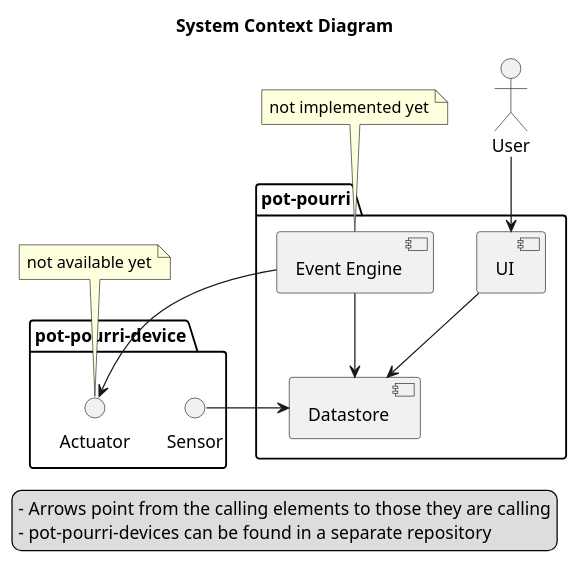
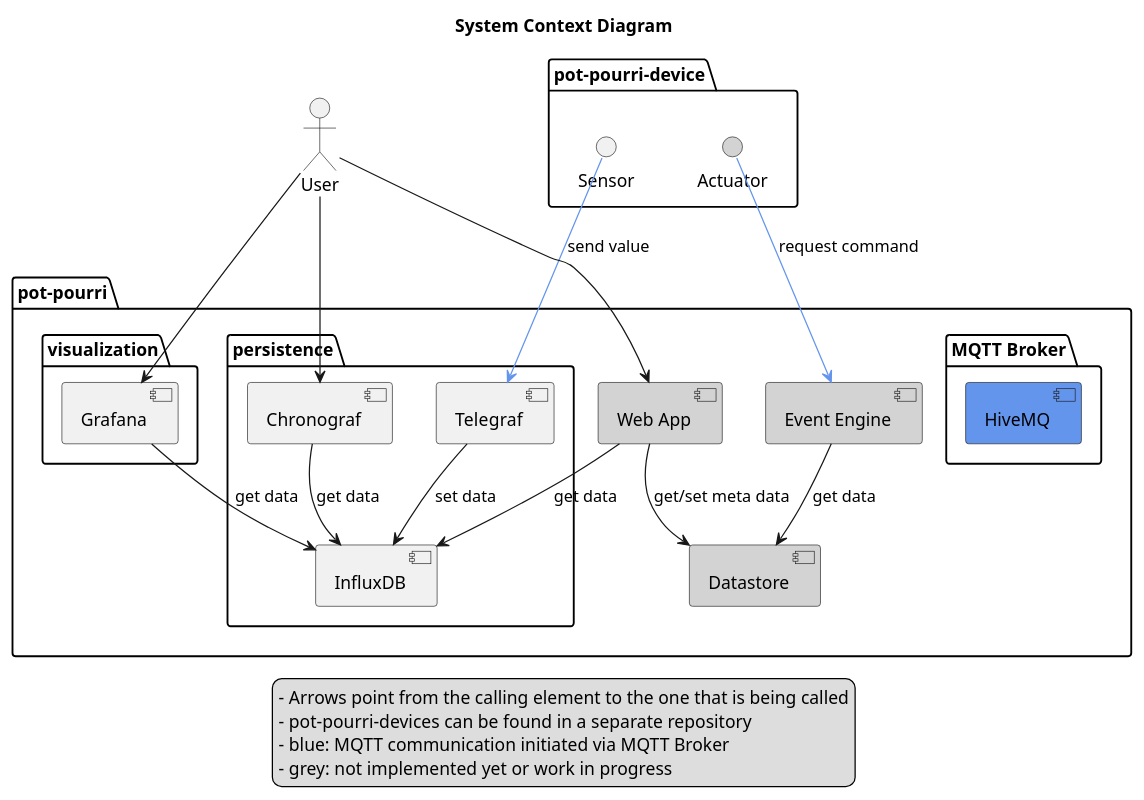
Before and after one commit to frederikheld/pot-pourri: the diagram in docs/system_context.plantuml, drawn with PlantUML. The commit also changed 1 other file, not shown here.

Commit message:
Updates system context diagram

```diff
--- a/docs/system_context.plantuml
+++ b/docs/system_context.plantuml
@@ -1,41 +1,57 @@
 @startuml
 skinparam componentStyle uml2
 
 title System Context Diagram
 
 actor User
 
 package "pot-pourri" {
-    [UI]
-    [Event Engine]
-    [Datastore]
+    [Web App] #LightGrey
+    [Event Engine] #LightGrey
+    [Datastore] #LightGrey
+
+    package "MQTT Broker" {
+        [HiveMQ] as MQTTBroker #CornflowerBlue
+    }
+
+    package "persistence" {
+        [InfluxDB]
+        [Telegraf]
+        [Chronograf]
+    }
+    
+    package "visualization" {
+        [Grafana]
+    }
 }
 
 package "pot-pourri-device" {
     () "Sensor"
-    () "Actuator"
+    () "Actuator" #LightGrey
 }
 
-User --> [UI]
-[UI] --> [Datastore]
+User --> [Grafana]
+User --> [Chronograf]
 
-[Event Engine] --> [Datastore]
-[Event Engine] --> Actuator
+[Grafana] --> [InfluxDB] : get data
+[Chronograf] --> [InfluxDB] : get data
 
-Sensor -> [Datastore]
+[Sensor] --> [Telegraf] #CornflowerBlue : send value
+[Telegraf] --> [InfluxDB] : set data
 
-note top of "Event Engine"
-    not implemented yet
-endnote
+User --> [Web App]
+[Web App] --> [Datastore] : get/set meta data
+[Web App] --> [InfluxDB] : get data
 
-note top of Actuator
-    not available yet
-endnote
+[Event Engine] --> [Datastore] : get data
+[Actuator] --> [Event Engine] #CornflowerBlue : request command
 
 legend 
-    - Arrows point from the calling elements to those they are calling
+    - Arrows point from the calling element to the one that is being called
     - pot-pourri-devices can be found in a separate repository
+    - blue: MQTT communication initiated via MQTT Broker
+    - grey: not implemented yet or work in progress
     'Devices have to call other participants in order to allow energy savings with deep-sleep mode.
     'Deep-sleep mode might not be relevant for Actuators since they will need a lot more energy and therefore an external power supply.
 endlegend
 @enduml
```
